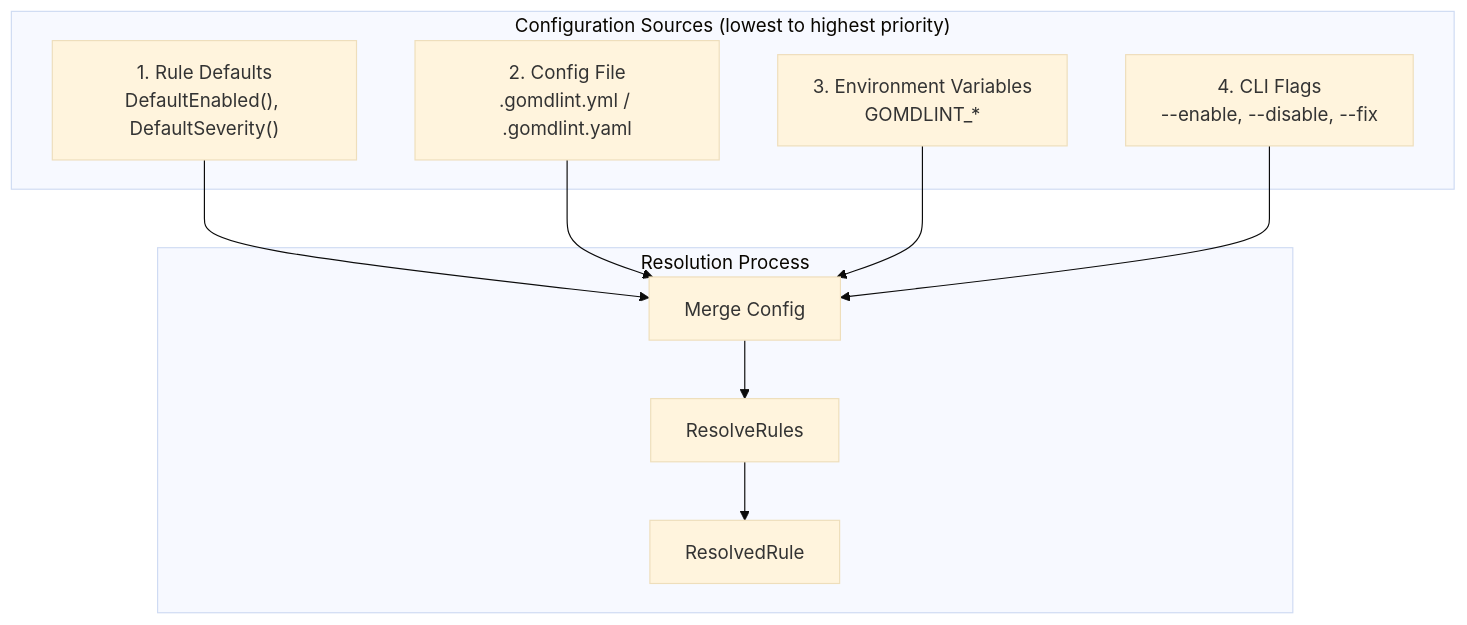
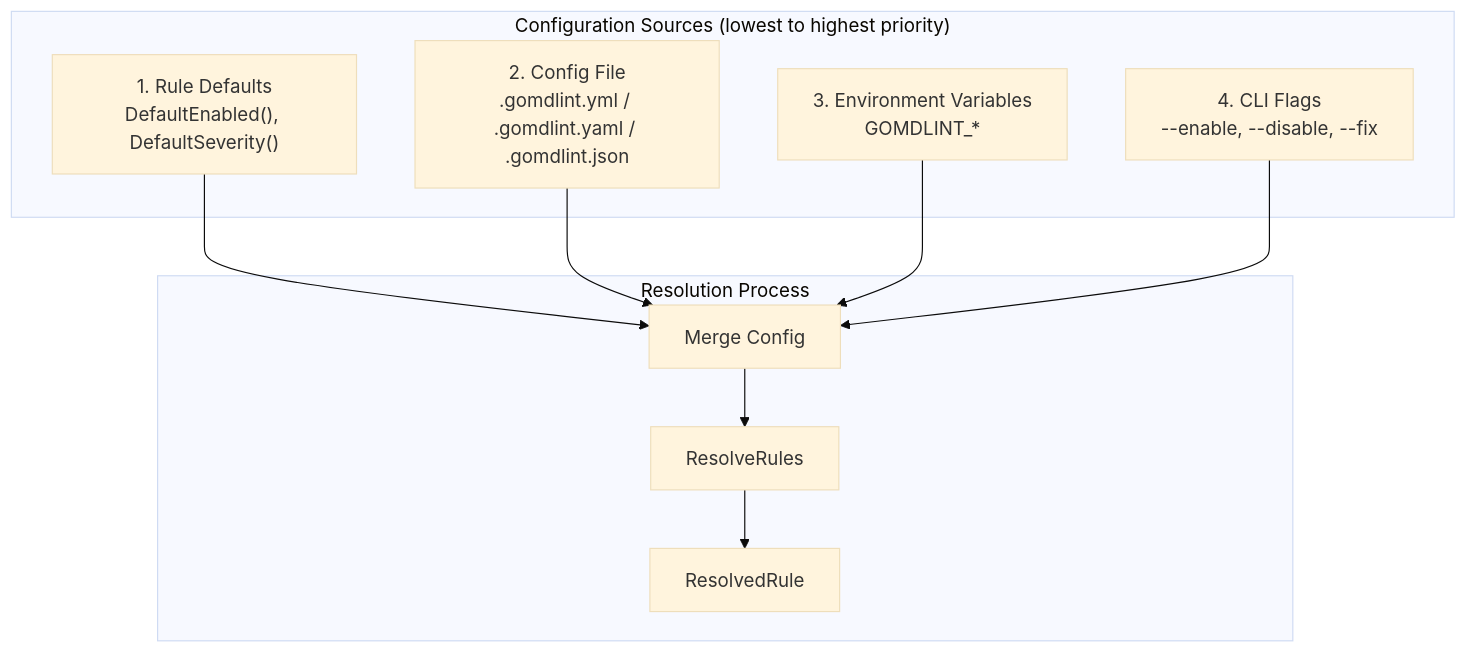
The tenth of 11 diagrams in docs/ARCHITECTURE.md (yaklabco/gomdlint), drawn with Mermaid (base theme) before and after one commit. The commit also changed other lines of this file and 54 other files, not shown here.

````diff
--- a/docs/ARCHITECTURE.md
+++ b/docs/ARCHITECTURE.md
@@ -462,22 +462,22 @@
 ```mermaid
 flowchart TB
     subgraph Sources["Configuration Sources (lowest to highest priority)"]
         defaults["1. Rule Defaults<br/>DefaultEnabled(), DefaultSeverity()"]
-        configFile["2. Config File<br/>.gomdlint.yml / .gomdlint.yaml"]
+        configFile["2. Config File<br/>.gomdlint.yml / .gomdlint.yaml / .gomdlint.json"]
         envVars["3. Environment Variables<br/>GOMDLINT_*"]
         cliFlags["4. CLI Flags<br/>--enable, --disable, --fix"]
     end
 
     subgraph Resolution["Resolution Process"]
         merge[Merge Config]
         resolve[ResolveRules]
         resolved[ResolvedRule]
     end
 
     defaults --> merge
     configFile --> merge
     envVars --> merge
     cliFlags --> merge
     merge --> resolve
     resolve --> resolved
 ```
````
